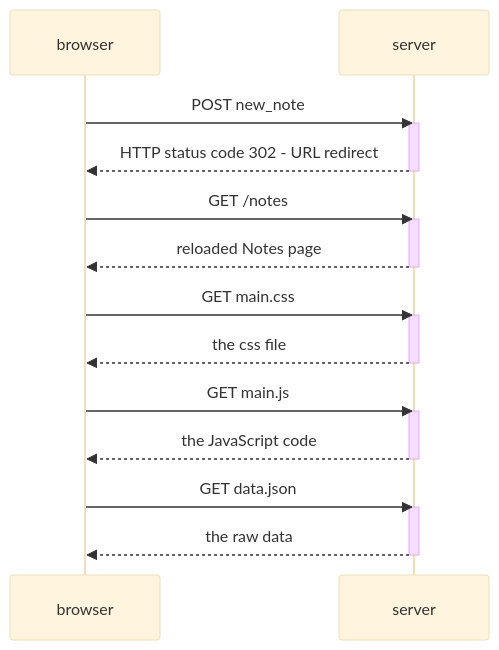
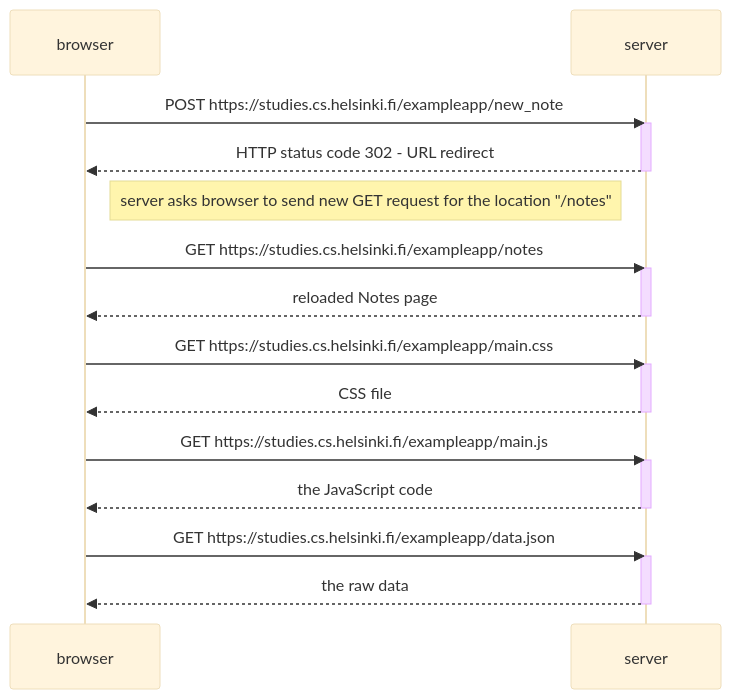
One commit to martalj/fullstack_course changed the diagram in part0/4_newnotediagram.md. Above: the diagram before and after it, drawn with Mermaid (base theme).

````diff
--- a/part0/4_newnotediagram.md
+++ b/part0/4_newnotediagram.md
@@ -1,31 +1,33 @@
 ```mermaid
 sequenceDiagram
     participant browser
     participant server
 
-    browser->>server: POST new_note
+    browser->>server: POST https://studies.cs.helsinki.fi/exampleapp/new_note
     activate server
     server-->>browser: HTTP status code 302 - URL redirect
     deactivate server
 
-    browser->>server: GET /notes
+    Note right of browser: server asks browser to send new GET request for the location "/notes"
+
+    browser->>server: GET https://studies.cs.helsinki.fi/exampleapp/notes
     activate server
     server-->>browser: reloaded Notes page
     deactivate server
 
-    browser->>server: GET main.css
+    browser->>server: GET https://studies.cs.helsinki.fi/exampleapp/main.css
     activate server
-    server-->>browser: the css file
+    server-->>browser: CSS file
     deactivate server
 
-    browser->>server: GET main.js
+    browser->>server: GET https://studies.cs.helsinki.fi/exampleapp/main.js
     activate server
     server-->>browser: the JavaScript code
     deactivate server
 
-    browser->>server: GET data.json
+    browser->>server: GET https://studies.cs.helsinki.fi/exampleapp/data.json
     activate server
     server-->>browser: the raw data
     deactivate server
 
 ```
````
